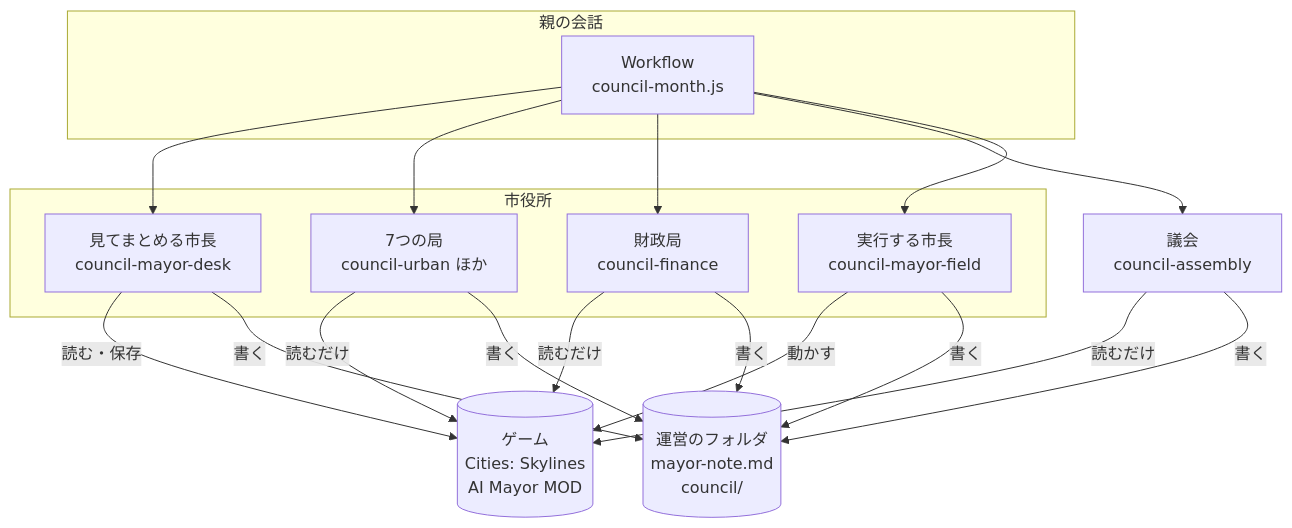
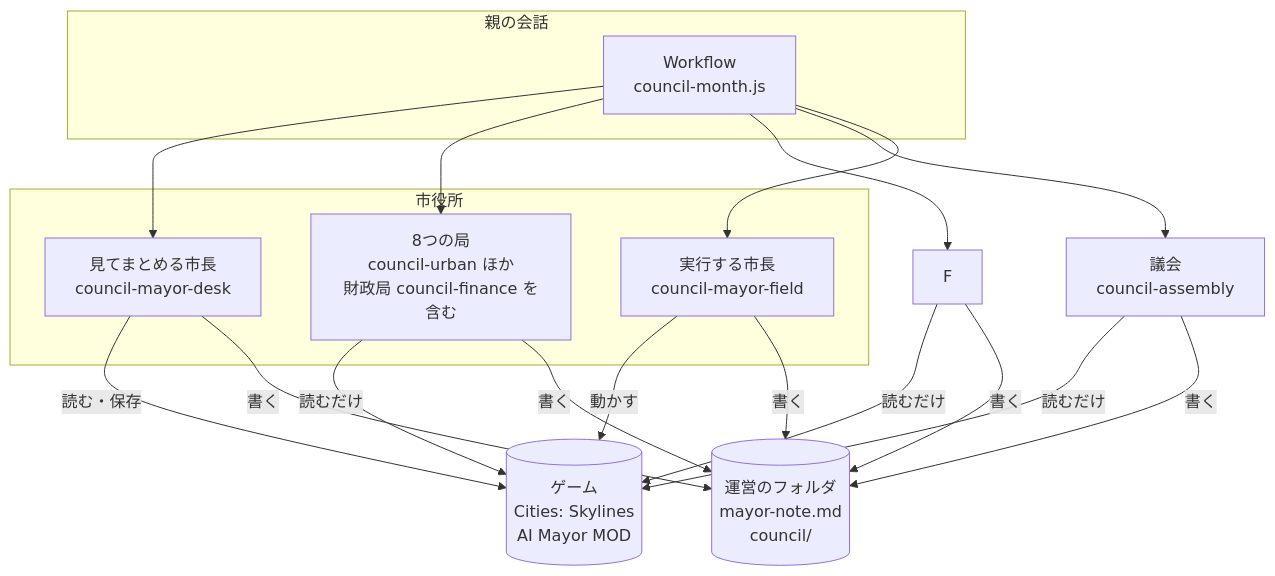
The first of 2 diagrams in code/ai-mayor/mayor/council-design.md (h-takeshita-henteco-shoji-com/tried), drawn with Mermaid before and after one commit. The commit also changed other lines of this file and 1613 other files, not shown here.

````diff
--- a/code/ai-mayor/mayor/council-design.md
+++ b/code/ai-mayor/mayor/council-design.md
@@ -67,23 +68,22 @@
 ```mermaid
 flowchart TB
   subgraph 親の会話
     WF[Workflow<br>council-month.js]
   end
   subgraph 市役所
     MD[見てまとめる市長<br>council-mayor-desk]
-    B[7つの局<br>council-urban ほか]
-    F[財政局<br>council-finance]
+    B[8つの局<br>council-urban ほか<br>財政局 council-finance を含む]
     MF[実行する市長<br>council-mayor-field]
   end
   A[議会<br>council-assembly]
   G[(ゲーム<br>Cities: Skylines<br>AI Mayor MOD)]
   FS[(運営のフォルダ<br>mayor-note.md<br>council/)]
 
   WF --> MD & B & F & A & MF
   MD -- 読む・保存 --> G
   B -- 読むだけ --> G
   F -- 読むだけ --> G
   A -- 読むだけ --> G
   MF -- 動かす --> G
   MD & B & F & A & MF -- 書く --> FS
 ```
````
